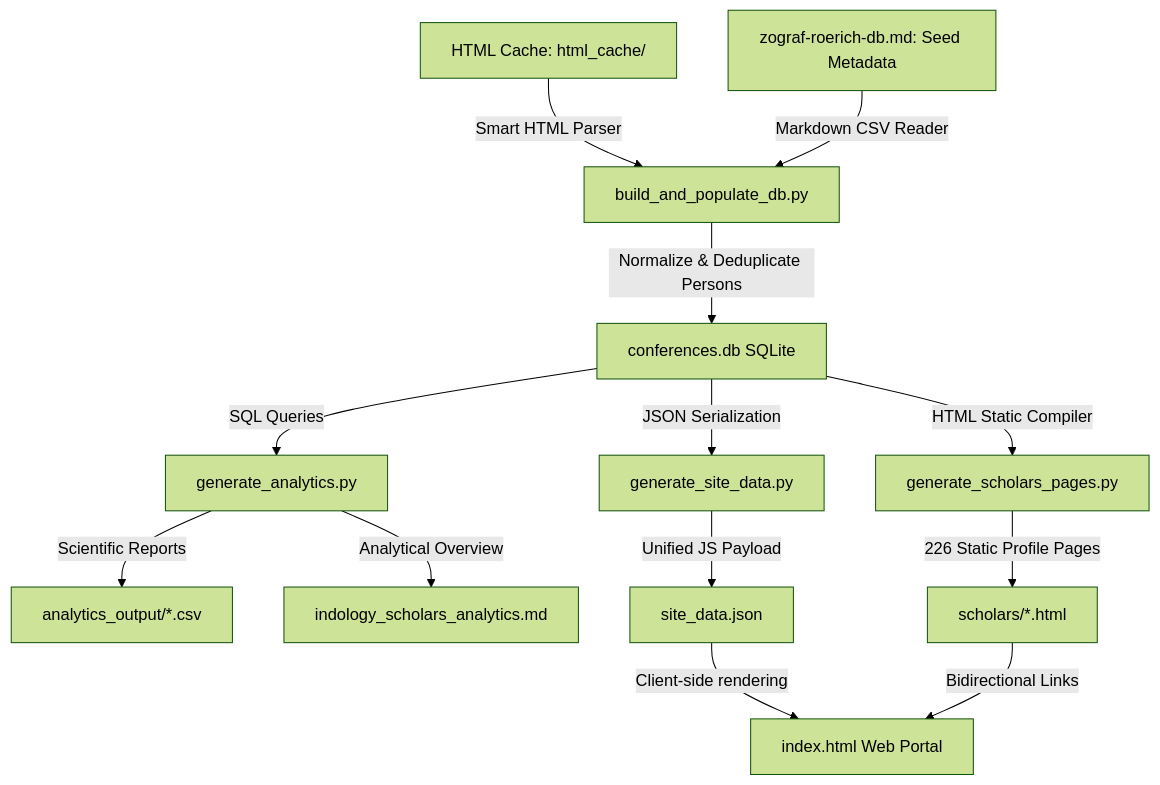
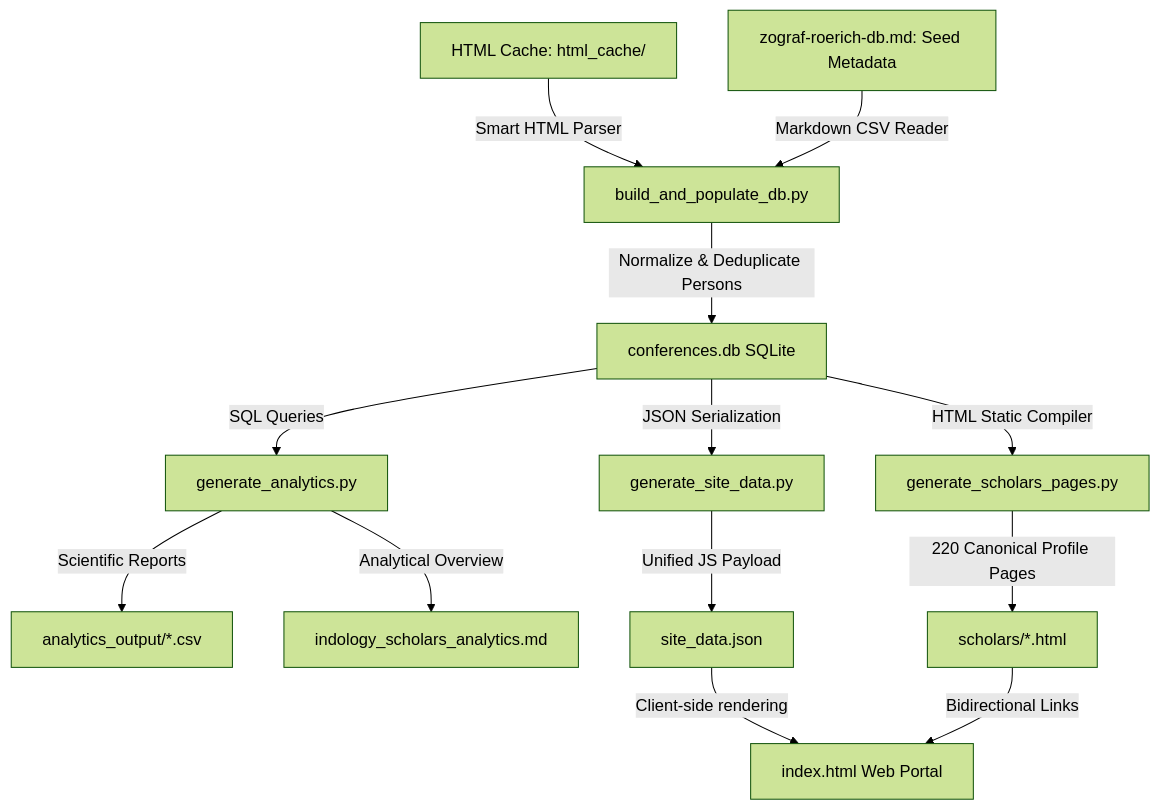
The first of 2 diagrams in README.md (gasyoun/IndologyScholars), drawn with Mermaid (forest theme) before and after one commit. The commit also changed other lines of this file and 334 other files, not shown here.

````diff
--- a/README.md
+++ b/README.md
@@ -14,15 +14,15 @@
 ```mermaid
 graph TD
     A[HTML Cache: html_cache/] -->|Smart HTML Parser| B[build_and_populate_db.py]
     C[zograf-roerich-db.md: Seed Metadata] -->|Markdown CSV Reader| B
     B -->|Normalize & Deduplicate Persons| D[conferences.db SQLite]
     D -->|SQL Queries| E[generate_analytics.py]
     D -->|JSON Serialization| F[generate_site_data.py]
     D -->|HTML Static Compiler| K[generate_scholars_pages.py]
     E -->|Scientific Reports| G[analytics_output/*.csv]
     E -->|Analytical Overview| H[indology_scholars_analytics.md]
     F -->|Unified JS Payload| I[site_data.json]
     I -->|Client-side rendering| J[index.html Web Portal]
-    K -->|226 Static Profile Pages| L[scholars/*.html]
+    K -->|220 Canonical Profile Pages| L[scholars/*.html]
     L -->|Bidirectional Links| J
 ```
````
